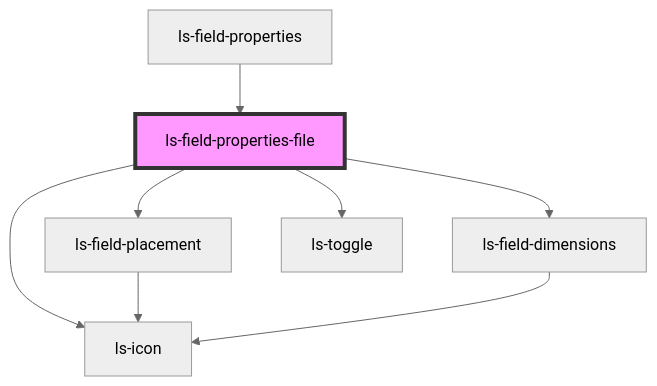
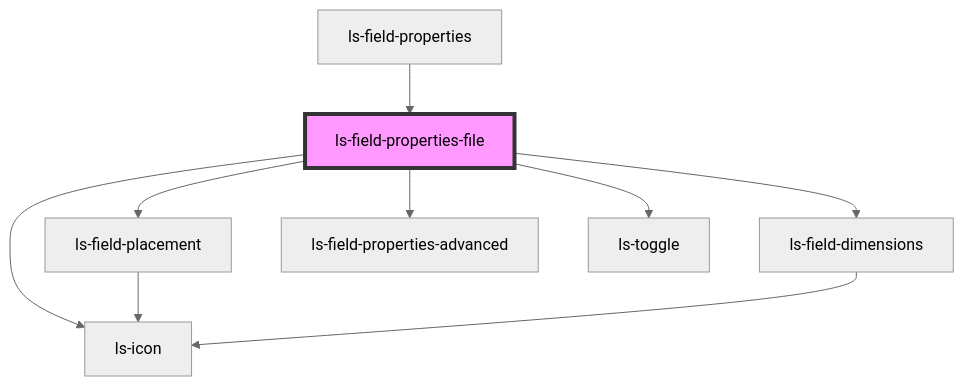
One commit to legalesign/ls-document-viewer changed the diagram in src/components/ls-field-properties-file/readme.md. Above: the diagram before and after it, drawn with Mermaid (neutral theme). The commit also changed other lines of this file and 25 other files, not shown here.

````diff
--- a/src/components/ls-field-properties-file/readme.md
+++ b/src/components/ls-field-properties-file/readme.md
@@ -30,11 +31,12 @@
 ```mermaid
 graph TD;
   ls-field-properties-file --> ls-field-placement
   ls-field-properties-file --> ls-field-dimensions
+  ls-field-properties-file --> ls-field-properties-advanced
   ls-field-properties-file --> ls-icon
   ls-field-properties-file --> ls-toggle
   ls-field-placement --> ls-icon
   ls-field-dimensions --> ls-icon
   ls-field-properties --> ls-field-properties-file
   style ls-field-properties-file fill:#f9f,stroke:#333,stroke-width:4px
 ```
````
